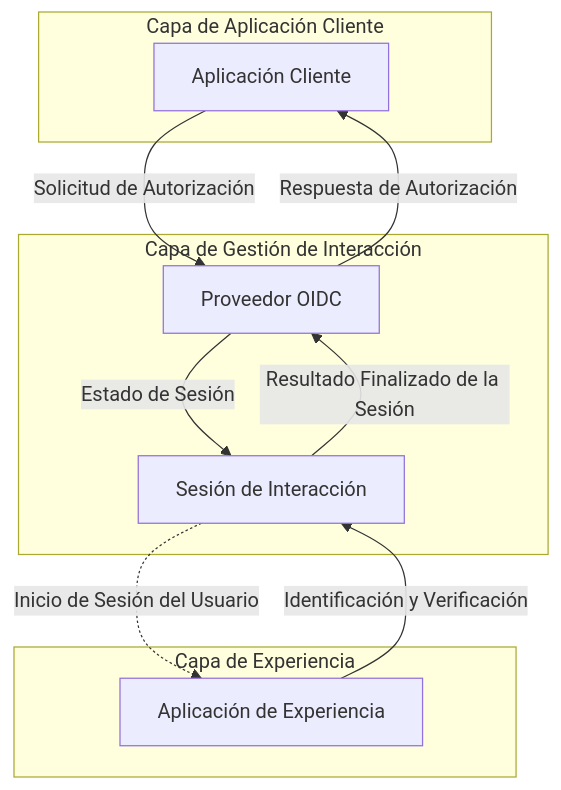
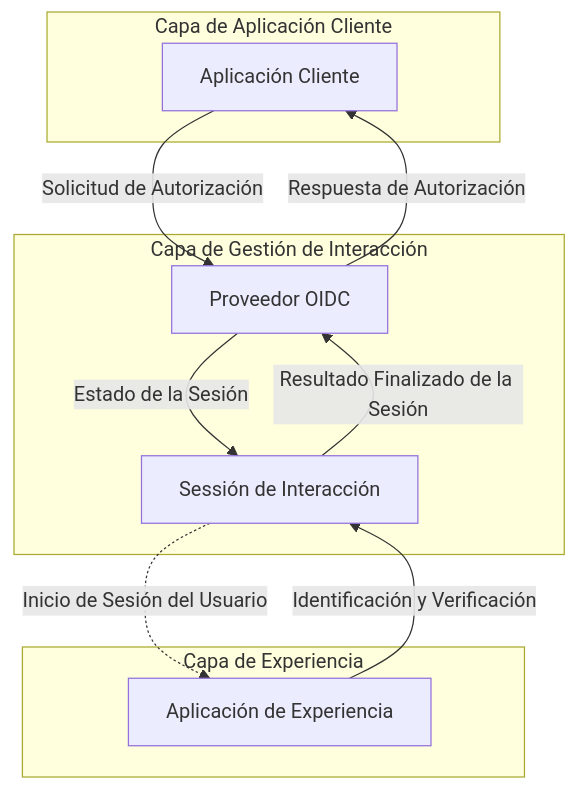
The second of 2 diagrams in i18n/es/docusaurus-plugin-content-docs/current/end-user-flows/sign-up-and-sign-in/README.mdx (logto-io/docs), drawn with Mermaid before and after one commit. The commit also changed other lines of this file and 234 other files, not shown here.

````diff
--- a/i18n/es/docusaurus-plugin-content-docs/current/end-user-flows/sign-up-and-sign-in/README.mdx
+++ b/i18n/es/docusaurus-plugin-content-docs/current/end-user-flows/sign-up-and-sign-in/README.mdx
@@ -45,24 +45,24 @@
 ```mermaid
 flowchart TD
   %% Capas
   subgraph Layer1 [Capa de Aplicación Cliente]
       A[Aplicación Cliente]
   end
 
   subgraph Layer2 [Capa de Gestión de Interacción]
       B[Proveedor OIDC]
-      C[Sesión de Interacción]
+      C[Sessión de Interacción]
   end
 
   subgraph Layer3 [Capa de Experiencia]
       D[Aplicación de Experiencia]
   end
 
   %% Conexiones
   A --> |Solicitud de Autorización| B
-  B --> |Estado de Sesión| C
+  B --> |Estado de la Sesión| C
   C -.-> |Inicio de Sesión del Usuario| D
   D --> |Identificación y Verificación| C
   C --> |Resultado Finalizado de la Sesión| B
   B --> |Respuesta de Autorización| A
 ```
````
